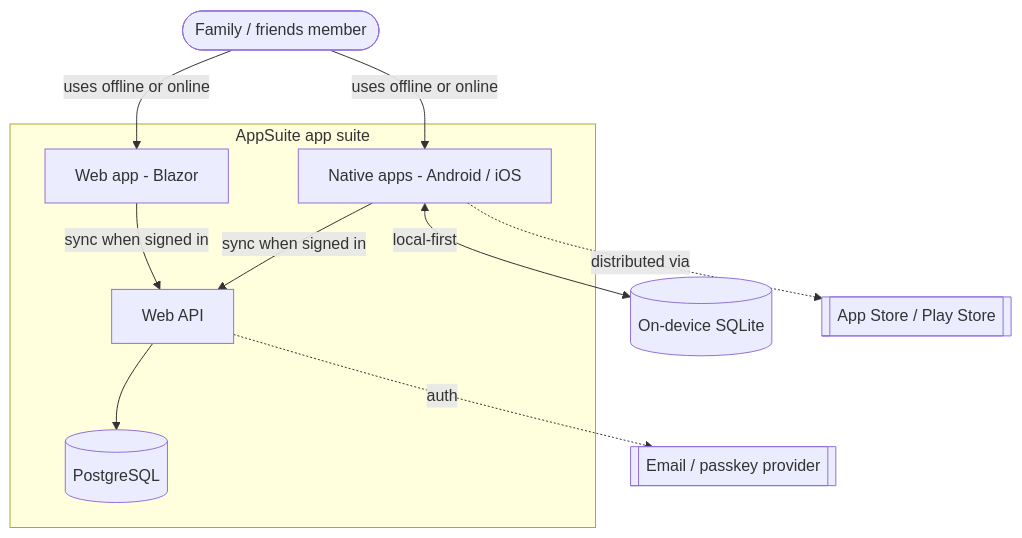
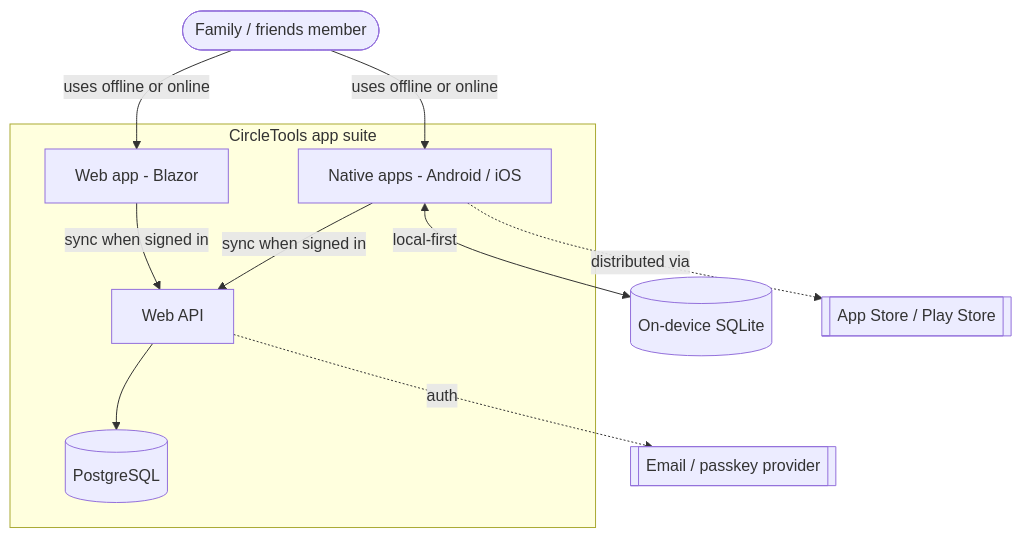
Before and after one commit to CircleTools-ch/circletools-suite: the diagram in docs/arc42/03-context-and-scope.md, drawn with Mermaid. The commit also changed 1242 other files, not shown here.

````diff
--- a/docs/arc42/03-context-and-scope.md
+++ b/docs/arc42/03-context-and-scope.md
@@ -5,22 +5,22 @@
 ```mermaid
 flowchart TB
     User([Family / friends member])
-    subgraph AppSuite["AppSuite app suite"]
+    subgraph CircleTools["CircleTools app suite"]
         Web[Web app - Blazor]
         Native[Native apps - Android / iOS]
         API[Web API]
         DB[(PostgreSQL)]
     end
     Local[(On-device SQLite)]
     Stores[[App Store / Play Store]]
     Email[[Email / passkey provider]]
 
     User -->|uses offline or online| Web
     User -->|uses offline or online| Native
     Native <-->|local-first| Local
     Web -->|sync when signed in| API
     Native -->|sync when signed in| API
     API --> DB
     API -.->|auth| Email
     Native -.->|distributed via| Stores
 ```
````
